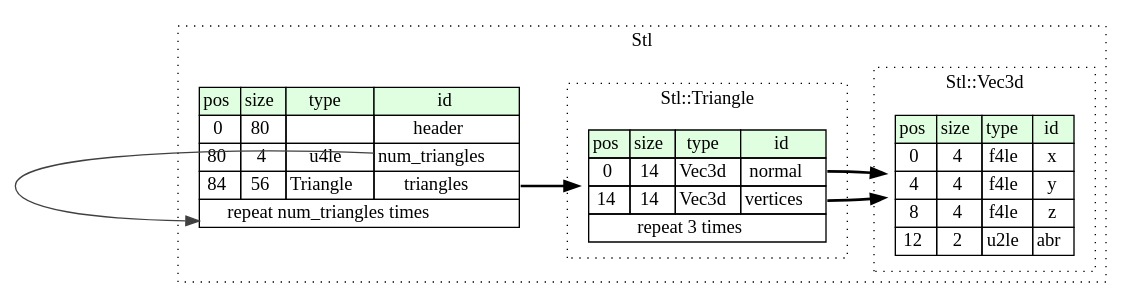
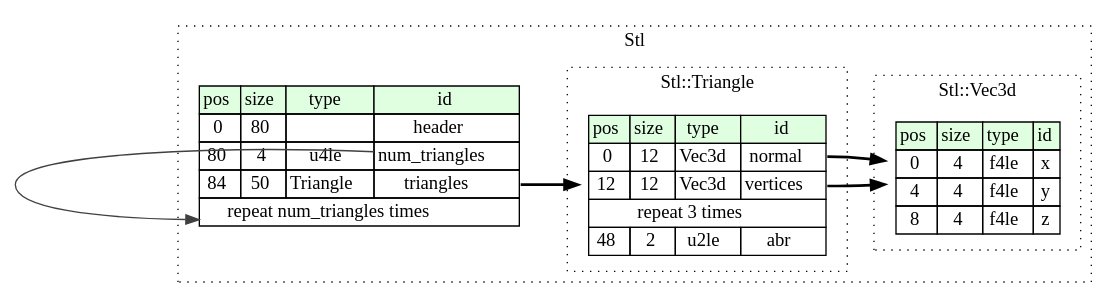
One commit to kaitai-io/formats-kaitai-io.github.io changed the diagram in stl/src/graphviz/stl.dot. Above: the diagram before and after it, drawn with Graphviz. The commit also changed 2419 other files, not shown here.

```diff
--- a/stl/src/graphviz/stl.dot
+++ b/stl/src/graphviz/stl.dot
@@ -1,43 +1,43 @@
 digraph {
 	rankdir=LR;
 	node [shape=plaintext];
 	subgraph cluster__stl {
 		label="Stl";
 		graph[style=dotted];
 
 		stl__seq [label=<<TABLE BORDER="0" CELLBORDER="1" CELLSPACING="0">
 			<TR><TD BGCOLOR="#E0FFE0">pos</TD><TD BGCOLOR="#E0FFE0">size</TD><TD BGCOLOR="#E0FFE0">type</TD><TD BGCOLOR="#E0FFE0">id</TD></TR>
 			<TR><TD PORT="header_pos">0</TD><TD PORT="header_size">80</TD><TD></TD><TD PORT="header_type">header</TD></TR>
 			<TR><TD PORT="num_triangles_pos">80</TD><TD PORT="num_triangles_size">4</TD><TD>u4le</TD><TD PORT="num_triangles_type">num_triangles</TD></TR>
-			<TR><TD PORT="triangles_pos">84</TD><TD PORT="triangles_size">56</TD><TD>Triangle</TD><TD PORT="triangles_type">triangles</TD></TR>
+			<TR><TD PORT="triangles_pos">84</TD><TD PORT="triangles_size">50</TD><TD>Triangle</TD><TD PORT="triangles_type">triangles</TD></TR>
 			<TR><TD COLSPAN="4" PORT="triangles__repeat">repeat num_triangles times</TD></TR>
 		</TABLE>>];
 		subgraph cluster__triangle {
 			label="Stl::Triangle";
 			graph[style=dotted];
 
 			triangle__seq [label=<<TABLE BORDER="0" CELLBORDER="1" CELLSPACING="0">
 				<TR><TD BGCOLOR="#E0FFE0">pos</TD><TD BGCOLOR="#E0FFE0">size</TD><TD BGCOLOR="#E0FFE0">type</TD><TD BGCOLOR="#E0FFE0">id</TD></TR>
-				<TR><TD PORT="normal_pos">0</TD><TD PORT="normal_size">14</TD><TD>Vec3d</TD><TD PORT="normal_type">normal</TD></TR>
-				<TR><TD PORT="vertices_pos">14</TD><TD PORT="vertices_size">14</TD><TD>Vec3d</TD><TD PORT="vertices_type">vertices</TD></TR>
+				<TR><TD PORT="normal_pos">0</TD><TD PORT="normal_size">12</TD><TD>Vec3d</TD><TD PORT="normal_type">normal</TD></TR>
+				<TR><TD PORT="vertices_pos">12</TD><TD PORT="vertices_size">12</TD><TD>Vec3d</TD><TD PORT="vertices_type">vertices</TD></TR>
 				<TR><TD COLSPAN="4" PORT="vertices__repeat">repeat 3 times</TD></TR>
+				<TR><TD PORT="abr_pos">48</TD><TD PORT="abr_size">2</TD><TD>u2le</TD><TD PORT="abr_type">abr</TD></TR>
 			</TABLE>>];
 		}
 		subgraph cluster__vec3d {
 			label="Stl::Vec3d";
 			graph[style=dotted];
 
 			vec3d__seq [label=<<TABLE BORDER="0" CELLBORDER="1" CELLSPACING="0">
 				<TR><TD BGCOLOR="#E0FFE0">pos</TD><TD BGCOLOR="#E0FFE0">size</TD><TD BGCOLOR="#E0FFE0">type</TD><TD BGCOLOR="#E0FFE0">id</TD></TR>
 				<TR><TD PORT="x_pos">0</TD><TD PORT="x_size">4</TD><TD>f4le</TD><TD PORT="x_type">x</TD></TR>
 				<TR><TD PORT="y_pos">4</TD><TD PORT="y_size">4</TD><TD>f4le</TD><TD PORT="y_type">y</TD></TR>
 				<TR><TD PORT="z_pos">8</TD><TD PORT="z_size">4</TD><TD>f4le</TD><TD PORT="z_type">z</TD></TR>
-				<TR><TD PORT="abr_pos">12</TD><TD PORT="abr_size">2</TD><TD>u2le</TD><TD PORT="abr_type">abr</TD></TR>
 			</TABLE>>];
 		}
 	}
 	stl__seq:triangles_type -> triangle__seq [style=bold];
 	stl__seq:num_triangles_type -> stl__seq:triangles__repeat [color="#404040"];
 	triangle__seq:normal_type -> vec3d__seq [style=bold];
 	triangle__seq:vertices_type -> vec3d__seq [style=bold];
 }
```
